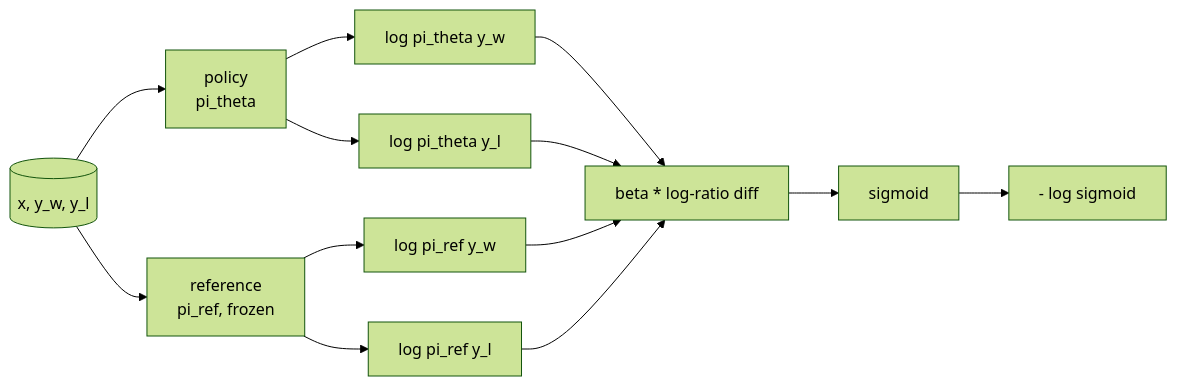
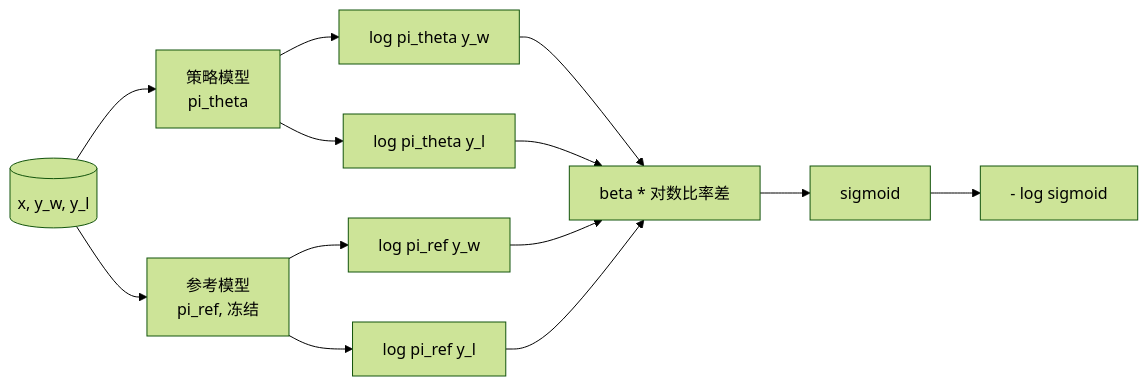
One commit to alessandrodinisio-ai/ai-engineering-learning-framework changed the first of 2 diagrams in phases/19-capstone-projects/40-dpo-from-scratch/docs/zh.md. Above: the diagram before and after it, drawn with Mermaid (forest theme). The commit also changed other lines of this file and 120 other files, not shown here.

First line of the commit message:
i18n(mermaid): 337 个 mermaid 图表标签中文化

````diff
--- a/phases/19-capstone-projects/40-dpo-from-scratch/docs/zh.md
+++ b/phases/19-capstone-projects/40-dpo-from-scratch/docs/zh.md
@@ -70,15 +70,15 @@
 ```mermaid
 flowchart LR
-  Triple[(x, y_w, y_l)] --> Pol[policy<br/>pi_theta]
-  Triple --> Ref[reference<br/>pi_ref, frozen]
+  Triple[(x, y_w, y_l)] --> Pol[策略模型<br/>pi_theta]
+  Triple --> Ref[参考模型<br/>pi_ref, 冻结]
   Pol --> LWP[log pi_theta y_w]
   Pol --> LLP[log pi_theta y_l]
   Ref --> LWR[log pi_ref y_w]
   Ref --> LLR[log pi_ref y_l]
-  LWP --> Diff[beta * log-ratio diff]
+  LWP --> Diff[beta * 对数比率差]
   LLP --> Diff
   LWR --> Diff
   LLR --> Diff
   Diff --> Sig[sigmoid]
   Sig --> NLL[- log sigmoid]
 ```
````
